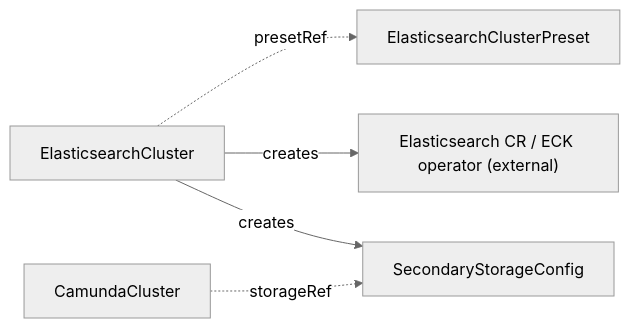
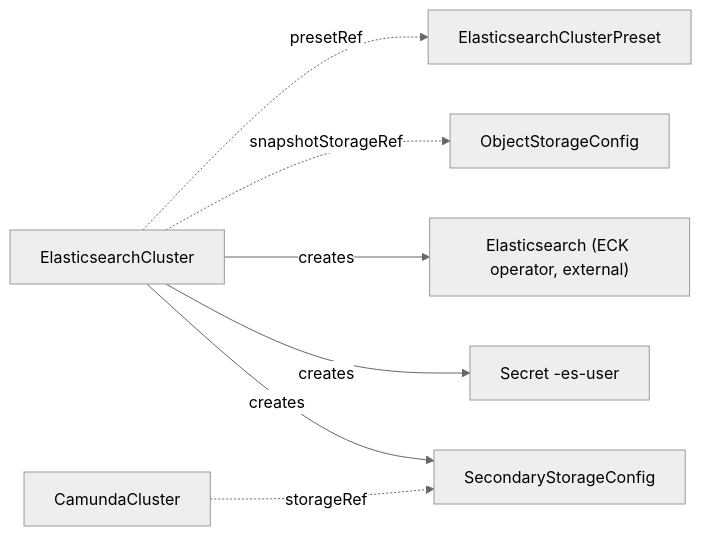
One commit to konsole-is/camunda-operator changed the diagram in docs/crds/elasticsearchcluster.md. Above: the diagram before and after it, drawn with Mermaid (neutral theme). The commit also changed other lines of this file and 30 other files, not shown here.

````diff
--- a/docs/crds/elasticsearchcluster.md
+++ b/docs/crds/elasticsearchcluster.md
@@ -31,7 +25,9 @@
 ```mermaid
 graph LR
     ESC[ElasticsearchCluster] -.->|presetRef| ESCP[ElasticsearchClusterPreset]
-    ESC -->|creates| ECK["Elasticsearch CR / ECK operator (external)"]
+    ESC -.->|snapshotStorageRef| OSC[ObjectStorageConfig]
+    ESC -->|creates| ECK["Elasticsearch (ECK operator, external)"]
+    ESC -->|creates| SEC["Secret <name>-es-user"]
     ESC -->|creates| SSC[SecondaryStorageConfig]
     CC[CamundaCluster] -.->|storageRef| SSC
 ```
````
